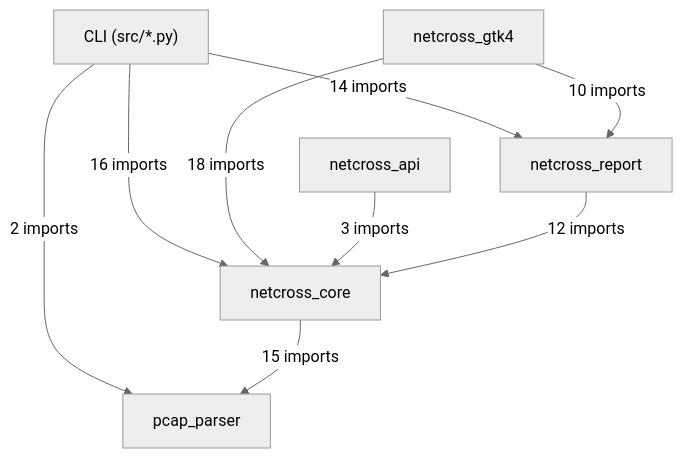
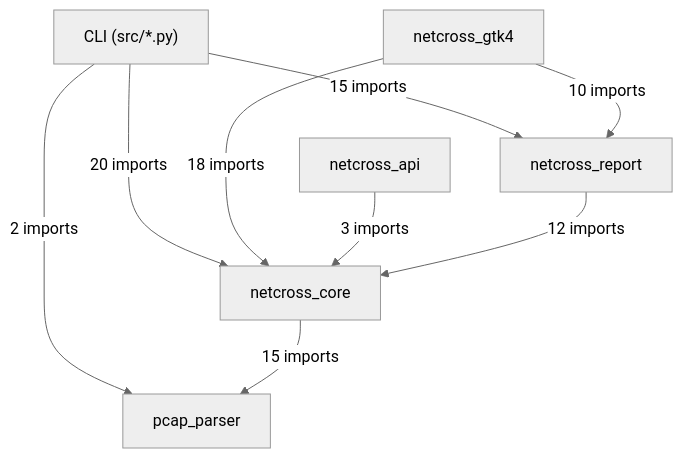
The first of 16 diagrams in docs/class-diagram.md (MathildeDec/Netcross), drawn with Mermaid (neutral theme) before and after one commit. The commit also changed other lines of this file and 6 other files, not shown here.

````diff
--- a/docs/class-diagram.md
+++ b/docs/class-diagram.md
@@ -26,17 +26,17 @@
 ```mermaid
 flowchart TD
     CLI["CLI (src/*.py)"]
     netcross_gtk4["netcross_gtk4"]
     netcross_api["netcross_api"]
     netcross_report["netcross_report"]
     netcross_core["netcross_core"]
     pcap_parser["pcap_parser"]
-    CLI -->|"14 imports"| netcross_report
-    CLI -->|"16 imports"| netcross_core
+    CLI -->|"15 imports"| netcross_report
+    CLI -->|"20 imports"| netcross_core
     CLI -->|"2 imports"| pcap_parser
     netcross_gtk4 -->|"10 imports"| netcross_report
     netcross_gtk4 -->|"18 imports"| netcross_core
     netcross_api -->|"3 imports"| netcross_core
     netcross_report -->|"12 imports"| netcross_core
     netcross_core -->|"15 imports"| pcap_parser
 ```
````
